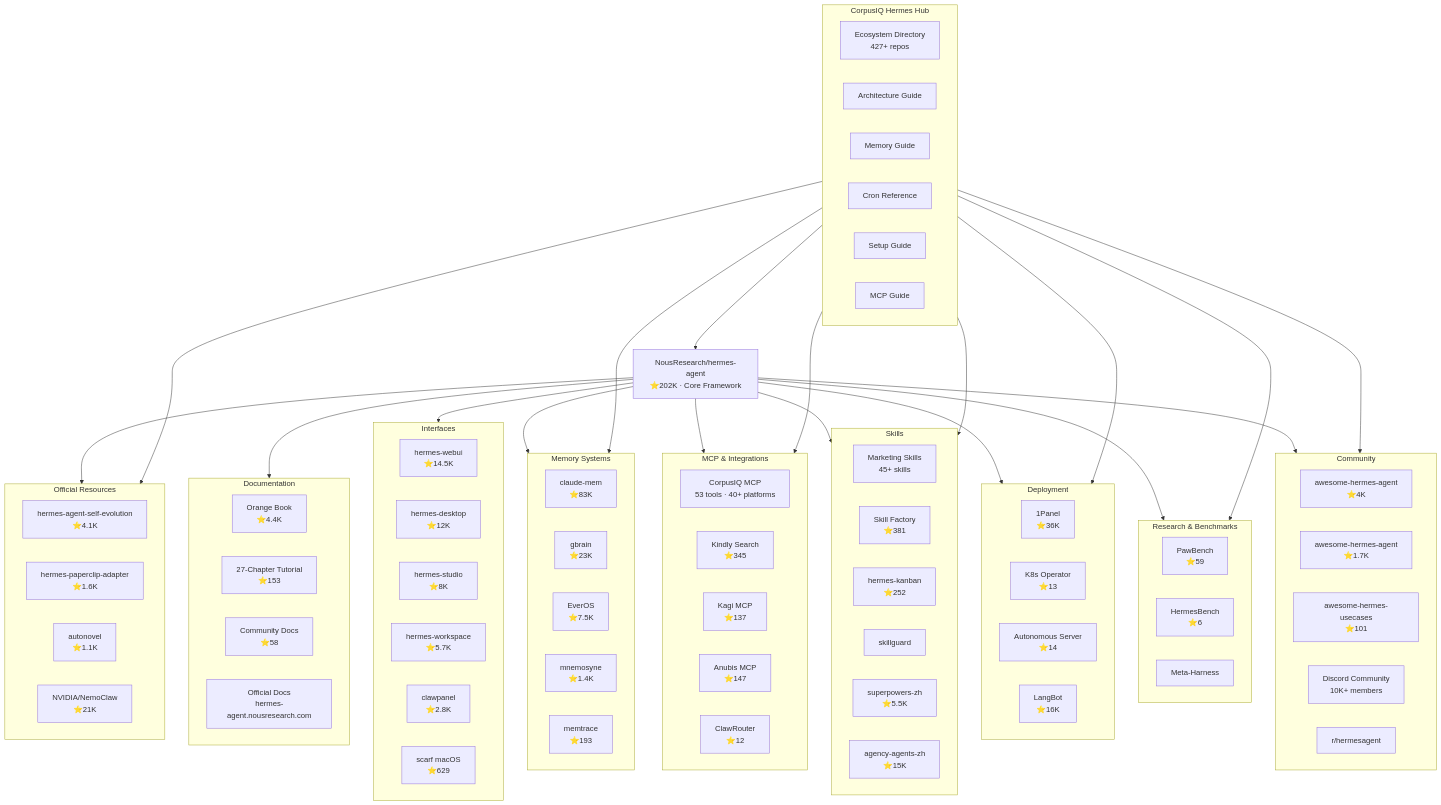
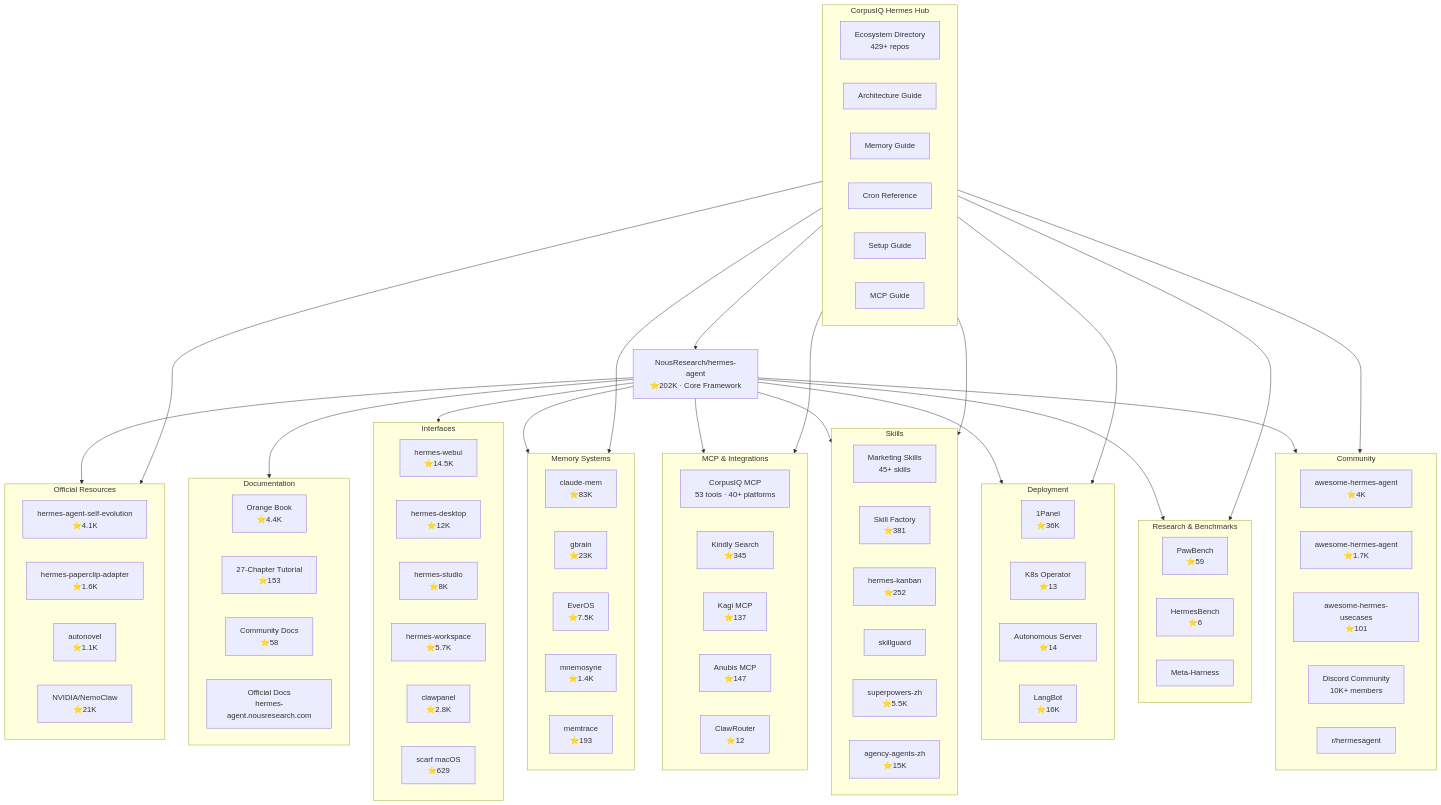
The first of 4 diagrams in hermes/ecosystem-map.md (CorpusIQ/corpusiq-docs), drawn with Mermaid before and after one commit. The commit also changed other lines of this file and 5 other files, not shown here.

```diff
--- a/hermes/ecosystem-map.md
+++ b/hermes/ecosystem-map.md
@@ -88,7 +88,7 @@
     end
 
     subgraph CORPUSIQ_HUB[CorpusIQ Hermes Hub]
-        ECOSYSTEM[Ecosystem Directory<br/>427+ repos]
+        ECOSYSTEM[Ecosystem Directory<br/>429+ repos]
         ARCHITECTURE[Architecture Guide]
         KNOWLEDGE[Memory Guide]
         CRONS[Cron Reference]
```
